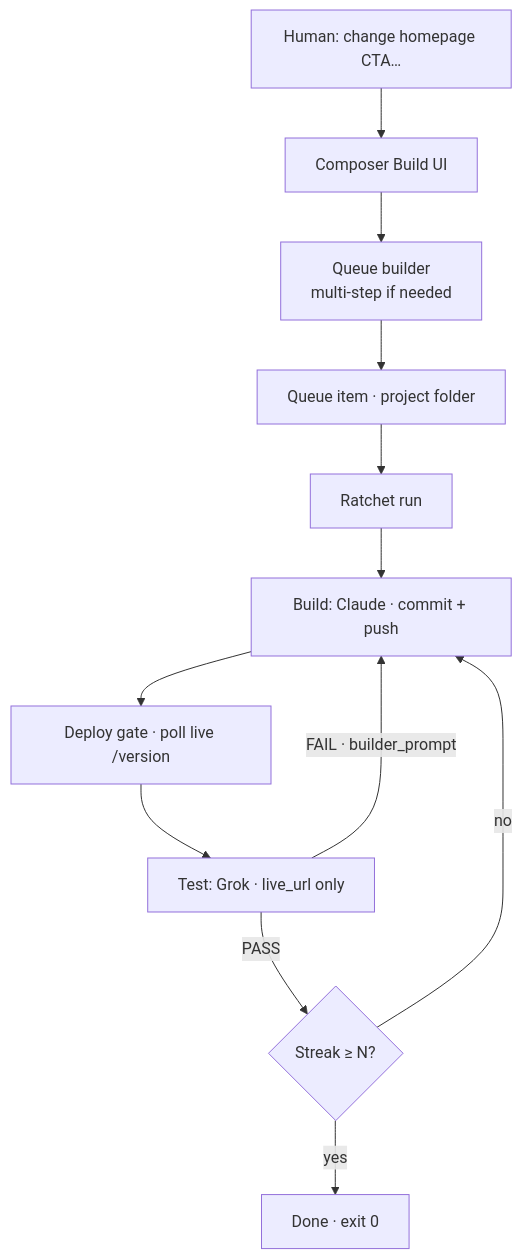
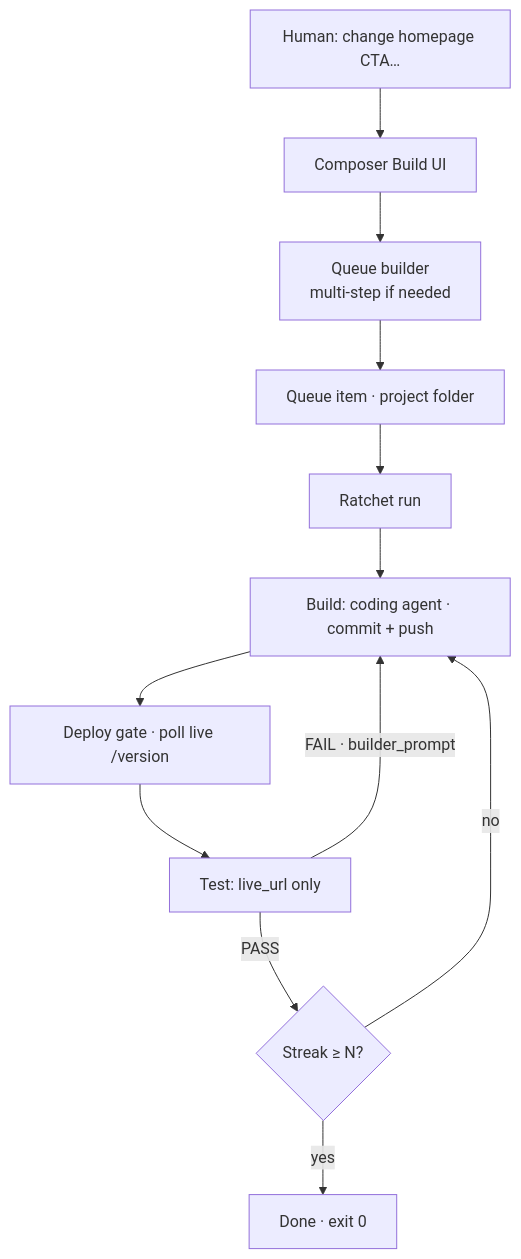
One commit to southu/vygo changed the diagram in content/vibe-coding/ratchet-guide/overview.md. Above: the diagram before and after it, drawn with Mermaid. The commit also changed other lines of this file and 42 other files, not shown here.

````diff
--- a/content/vibe-coding/ratchet-guide/overview.md
+++ b/content/vibe-coding/ratchet-guide/overview.md
@@ -11,14 +11,14 @@
 ```mermaid
 flowchart TD
   H["Human: change homepage CTA…"] --> B[Composer Build UI]
   B --> Q[Queue builder<br/>multi-step if needed]
   Q --> I[Queue item · project folder]
   I --> R[Ratchet run]
-  R --> BL[Build: Claude · commit + push]
+  R --> BL[Build: coding agent · commit + push]
   BL --> DG[Deploy gate · poll live /version]
-  DG --> T[Test: Grok · live_url only]
+  DG --> T[Test: live_url only]
   T -->|FAIL · builder_prompt| BL
   T -->|PASS| ST{Streak ≥ N?}
   ST -->|no| BL
   ST -->|yes| OK[Done · exit 0]
 ```
````
